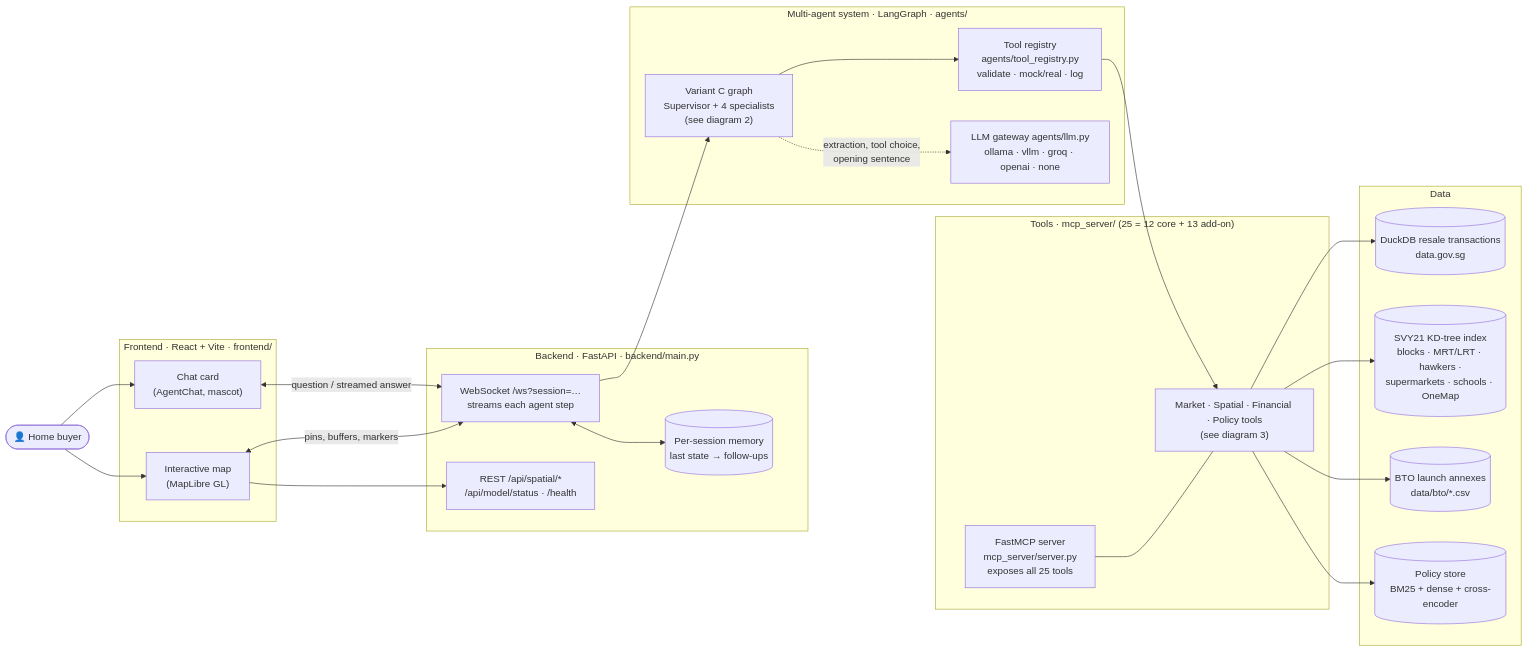
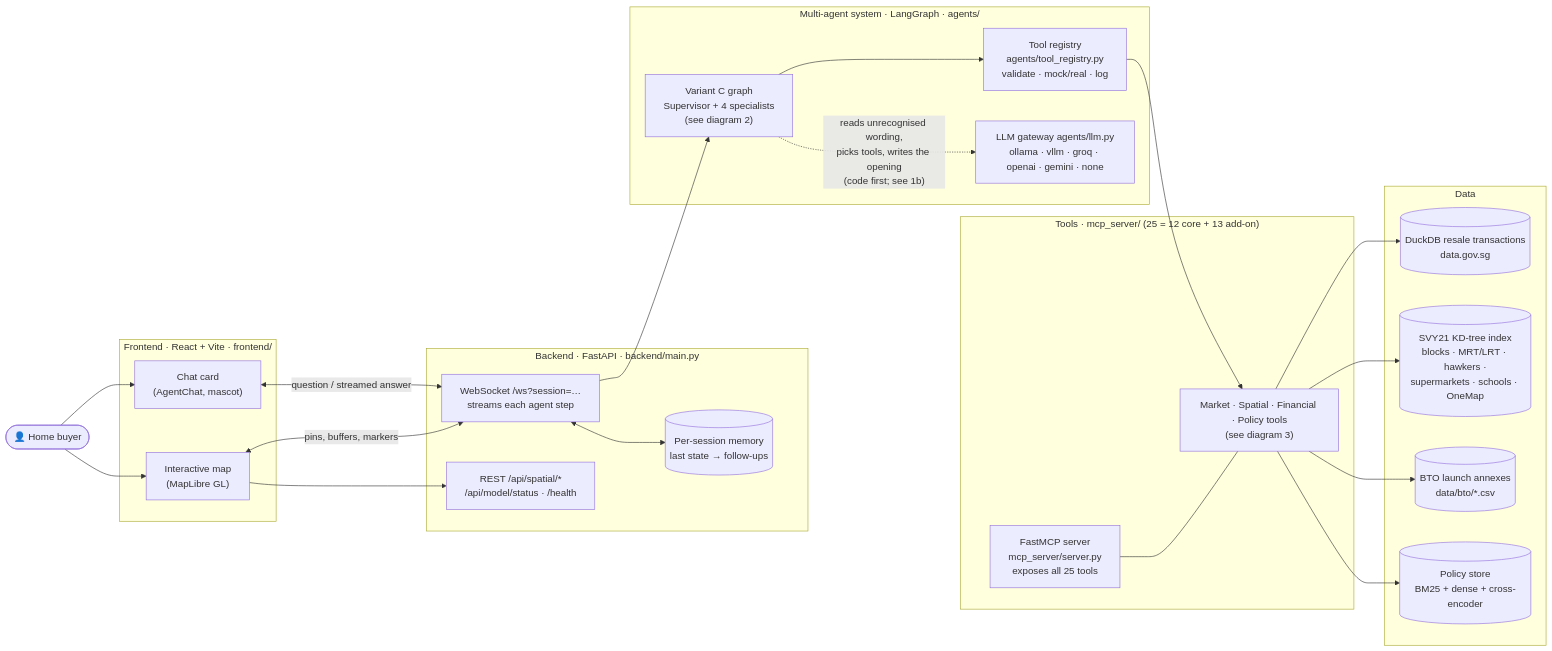
The first of 4 diagrams in README.md (fcyap/HDB-Compass), drawn with Mermaid before and after one commit. The commit also changed other lines of this file and 12 other files, not shown here.

Commit message:
feat(member-1): Category D financial benchmark (15 questions, 90 total), financial scorer, README message-flow and repo tree

````diff
--- a/README.md
+++ b/README.md
@@ -19,48 +19,48 @@
 ```mermaid
 flowchart LR
     User(["👤 Home buyer"])
 
     subgraph FE["Frontend · React + Vite · frontend/"]
         Chat["Chat card<br/>(AgentChat, mascot)"]
         Map["Interactive map<br/>(MapLibre GL)"]
     end
 
     subgraph BE["Backend · FastAPI · backend/main.py"]
         WS["WebSocket /ws?session=…<br/>streams each agent step"]
         Sessions[("Per-session memory<br/>last state → follow-ups")]
         REST["REST /api/spatial/*<br/>/api/model/status · /health"]
     end
 
     subgraph AG["Multi-agent system · LangGraph · agents/"]
         AGraph["Variant C graph<br/>Supervisor + 4 specialists<br/>(see diagram 2)"]
         Registry["Tool registry<br/>agents/tool_registry.py<br/>validate · mock/real · log"]
-        LLM["LLM gateway agents/llm.py<br/>ollama · vllm · groq · openai · none"]
+        LLM["LLM gateway agents/llm.py<br/>ollama · vllm · groq · openai · gemini · none"]
     end
 
     subgraph TOOLS["Tools · mcp_server/ (25 = 12 core + 13 add-on)"]
         MCP["FastMCP server<br/>mcp_server/server.py<br/>exposes all 25 tools"]
         T["Market · Spatial · Financial · Policy tools<br/>(see diagram 3)"]
     end
 
     subgraph DATA["Data"]
         Duck[("DuckDB resale transactions<br/>data.gov.sg")]
         Spatial[("SVY21 KD-tree index<br/>blocks · MRT/LRT · hawkers ·<br/>supermarkets · schools · OneMap")]
         BTO[("BTO launch annexes<br/>data/bto/*.csv")]
         Policy[("Policy store<br/>BM25 + dense + cross-encoder")]
     end
 
     User --> Chat
     User --> Map
     Chat <-->|"question / streamed answer"| WS
     Map <-->|"pins, buffers, markers"| WS
     Map --> REST
     WS <--> Sessions
     WS --> AGraph
     AGraph --> Registry --> T
-    AGraph -.->|"extraction, tool choice,<br/>opening sentence"| LLM
+    AGraph -.->|"reads unrecognised wording,<br/>picks tools, writes the opening<br/>(code first; see 1b)"| LLM
     MCP --- T
     T --> Duck
     T --> Spatial
     T --> BTO
     T --> Policy
 ```
````
